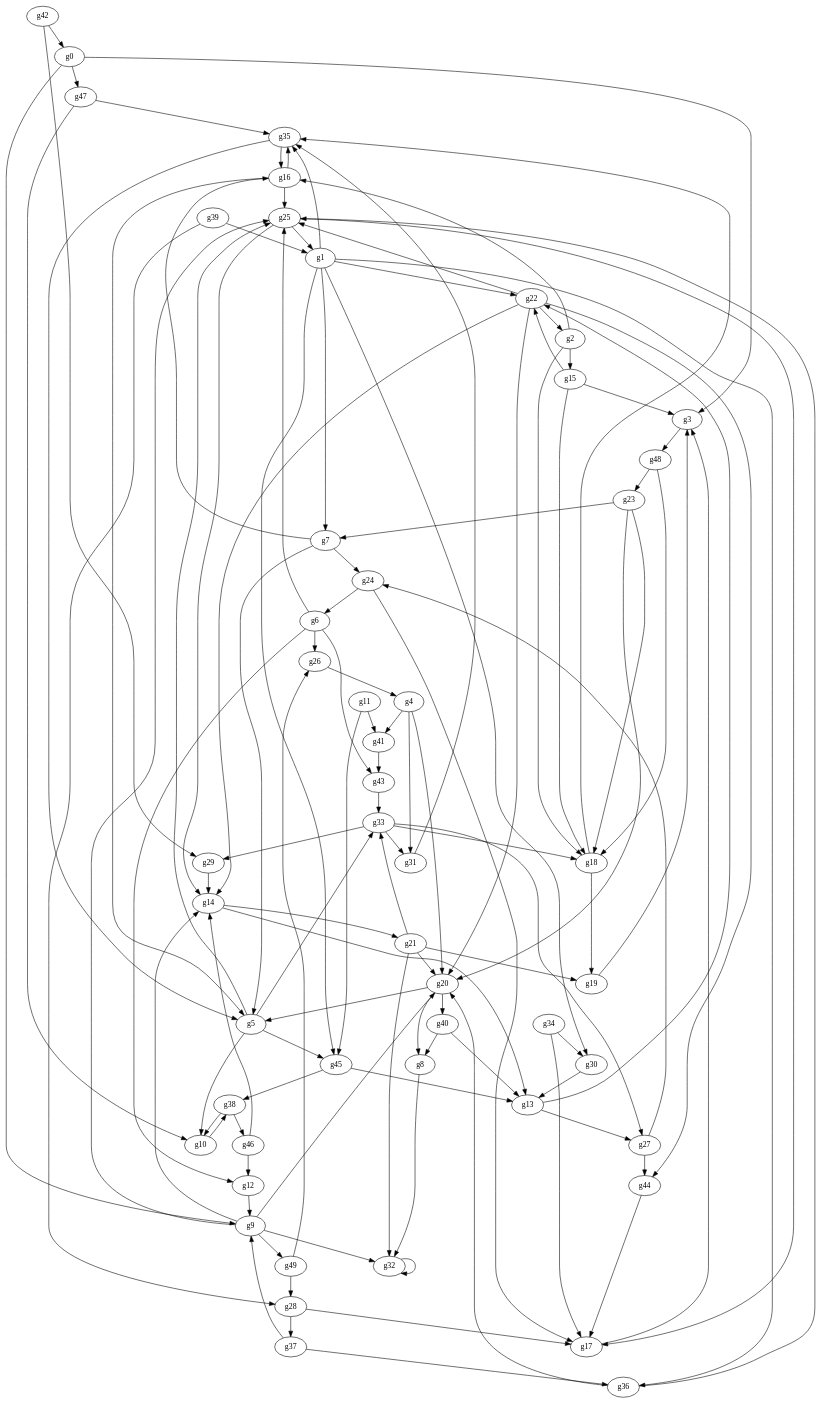
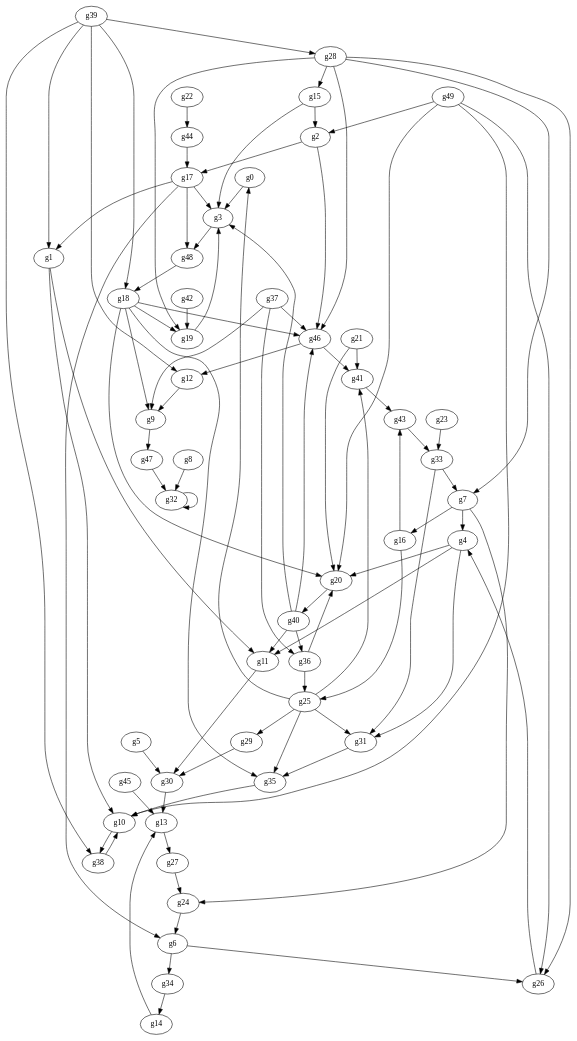
The diagram in aamas-ge/stat/1.dot (zepinto/aamas), drawn with Graphviz before and after one commit. The commit also changed 8 other files, not shown here.

```diff
--- a/aamas-ge/stat/1.dot
+++ b/aamas-ge/stat/1.dot
@@ -1,158 +1,114 @@
-digraph "g" {
-
-g0->g47
+digraph "data/p4.txt" {
 
 g0->g3
 
-g0->g9
+g1->g10
 
-g1->g22
+g1->g11
 
-g1->g30
+g2->g17
 
-g1->g36
-
-g1->g45
-
-g1->g7
-
-g1->g35
-
-g2->g16
-
-g2->g18
-
-g2->g15
+g2->g46
 
 g3->g48
 
 g4->g31
 
-g4->g41
-
 g4->g20
 
-g5->g33
+g4->g11
 
-g5->g10
+g5->g30
 
-g5->g25
-
-g5->g45
-
-g6->g12
-
-g6->g25
-
-g6->g43
+g6->g34
 
 g6->g26
 
+g7->g4
+
 g7->g16
-
-g7->g5
 
 g7->g24
 
 g8->g32
 
-g9->g49
-
-g9->g14
-
-g9->g25
-
-g9->g32
-
-g9->g20
+g9->g47
 
 g10->g38
 
-g11->g41
-
-g11->g45
+g11->g30
 
 g12->g9
 
-g13->g22
-
 g13->g27
-
-g14->g21
 
 g14->g13
 
-g15->g22
-
 g15->g3
 
-g15->g18
+g15->g2
 
 g16->g25
 
-g16->g5
-
-g16->g35
+g16->g43
 
 g17->g3
 
+g17->g1
+
+g17->g6
+
+g17->g48
+
 g18->g19
+
+g18->g9
+
+g18->g46
+
+g18->g20
 
 g18->g35
 
 g19->g3
 
-g20->g5
-
-g20->g8
-
 g20->g40
 
-g21->g33
-
-g21->g19
-
-g21->g32
+g21->g41
 
 g21->g20
 
 g22->g44
 
-g22->g14
-
-g22->g25
-
-g22->g2
-
-g22->g20
-
-g23->g18
-
-g23->g7
-
-g23->g20
-
-g24->g17
+g23->g33
 
 g24->g6
 
-g25->g17
+g25->g31
 
-g25->g1
+g25->g41
 
-g25->g14
+g25->g29
+
+g25->g0
+
+g25->g35
 
 g26->g4
 
-g27->g44
-
 g27->g24
 
-g28->g17
+g28->g19
 
-g28->g37
+g28->g46
 
-g29->g14
+g28->g7
+
+g28->g15
+
+g28->g26
+
+g29->g30
 
 g30->g13
 
@@ -162,19 +118,11 @@
 
 g33->g31
 
-g33->g27
+g33->g7
 
-g33->g18
+g34->g14
 
-g33->g29
-
-g34->g17
-
-g34->g30
-
-g35->g16
-
-g35->g5
+g35->g10
 
 g36->g25
 
@@ -184,45 +132,51 @@
 
 g37->g36
 
+g37->g46
+
 g38->g10
-
-g38->g46
 
 g39->g28
 
 g39->g1
 
-g40->g8
+g39->g38
 
-g40->g13
+g39->g12
+
+g39->g18
+
+g40->g3
+
+g40->g36
+
+g40->g46
+
+g40->g11
 
 g41->g43
 
-g42->g29
-
-g42->g0
+g42->g19
 
 g43->g33
 
 g44->g17
 
-g45->g38
-
 g45->g13
 
-g46->g14
+g46->g41
 
 g46->g12
 
-g47->g10
-
-g47->g35
-
-g48->g23
+g47->g32
 
 g48->g18
 
-g49->g28
+g49->g10
+
+g49->g2
+
+g49->g20
 
 g49->g26
 
```
